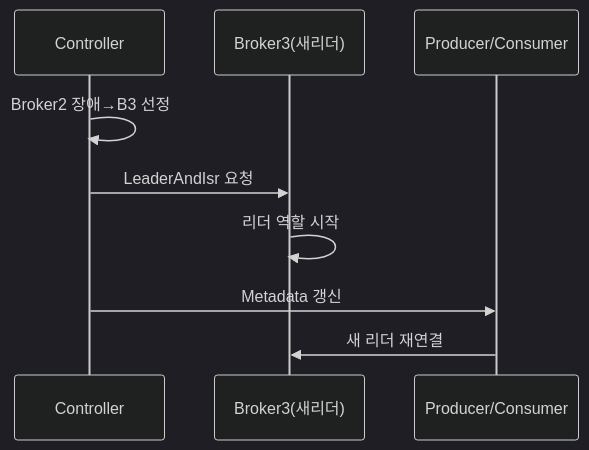
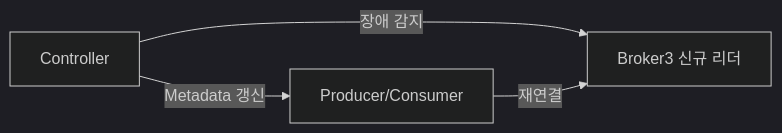
Before and after one commit to yjkim2015/yjkim2015.github.io: the fourth of 8 diagrams in _posts/kafka/2026-05-01-kafka-broker-deep.md, drawn with Mermaid (dark theme). The commit also changed 163 other files, not shown here.

First line of the commit message:
Mermaid 300개 블록 내용 축소: 5노드 5엣지 이하, 의미 있는 약어

````diff
--- a/_posts/kafka/2026-05-01-kafka-broker-deep.md
+++ b/_posts/kafka/2026-05-01-kafka-broker-deep.md
@@ -154,11 +154,6 @@
 ```mermaid
-sequenceDiagram
-    participant C as Controller
-    participant B3 as Broker3(새리더)
-    participant PC as Producer/Consumer
-    C->>C: Broker2 장애→B3 선정
-    C->>B3: LeaderAndIsr 요청
-    B3->>B3: 리더 역할 시작
-    C->>PC: Metadata 갱신
-    PC->>B3: 새 리더 재연결
+graph LR
+    C["Controller"] -->|장애 감지| B3["Broker3 신규 리더"]
+    C -->|Metadata 갱신| PC["Producer/Consumer"]
+    PC -->|재연결| B3
 ```
````
